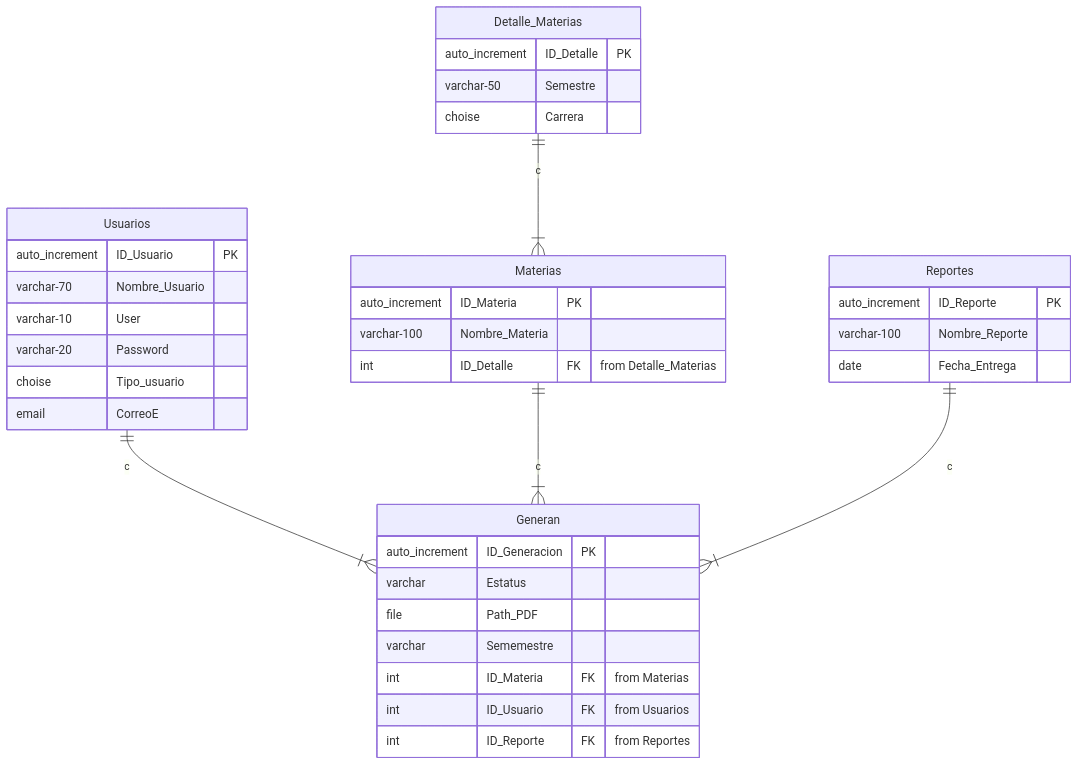
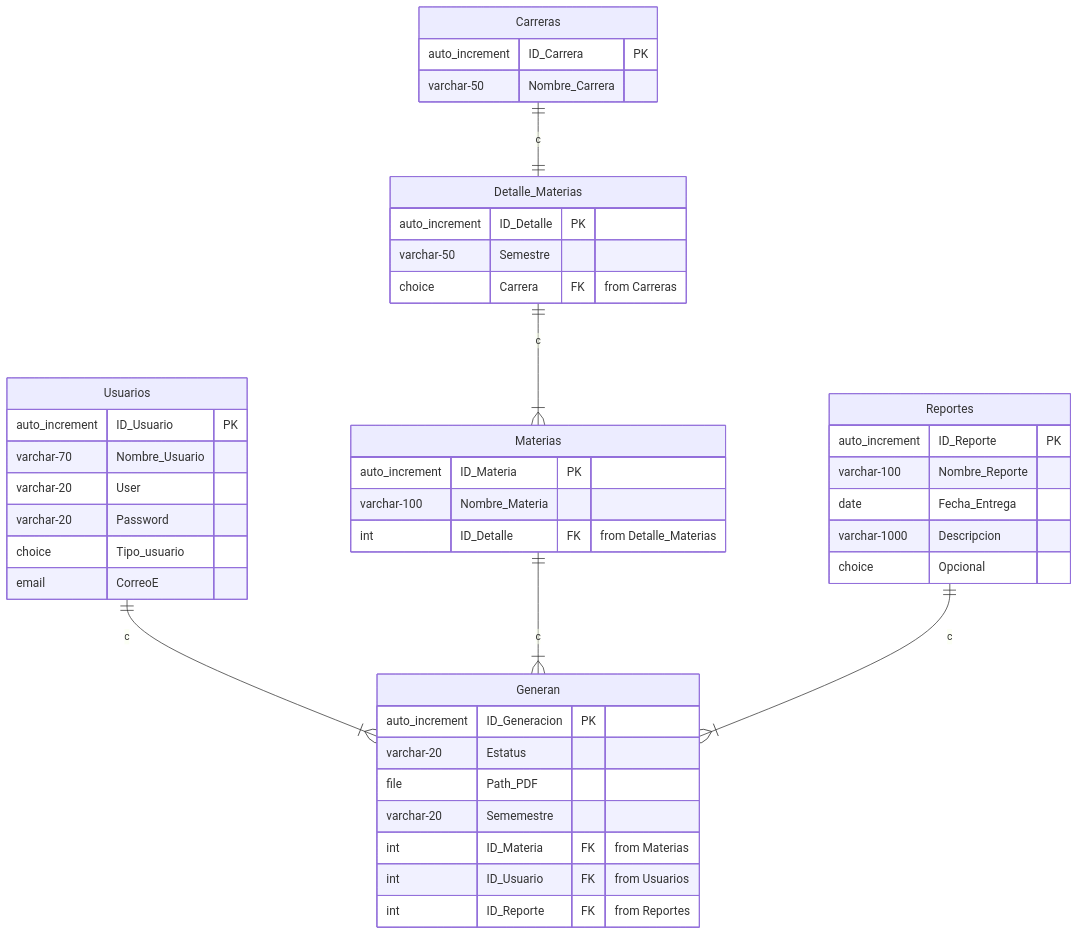
Before and after one commit to VRVG1/SGC: the diagram in DatabaseDoc/Diagramas/DB erDiagram.mmd, drawn with Mermaid. The commit also changed 1 other file, not shown here.

```diff
--- a/DatabaseDoc/Diagramas/DB erDiagram.mmd
+++ b/DatabaseDoc/Diagramas/DB erDiagram.mmd
@@ -1,44 +1,52 @@
 erDiagram
 
 Usuarios {
     auto_increment ID_Usuario PK
     varchar-70 Nombre_Usuario
-    varchar-10 User
+    varchar-20 User
     varchar-20 Password
-    choise Tipo_usuario
+    choice Tipo_usuario
     email CorreoE
 }
 
 Reportes {
     auto_increment ID_Reporte PK
     varchar-100 Nombre_Reporte
     date Fecha_Entrega
-}
+    varchar-1000 Descripcion
+    choice Opcional
+} 
 
 Materias {
     auto_increment ID_Materia PK
     varchar-100 Nombre_Materia
     int ID_Detalle FK "from Detalle_Materias"
 }
 
 Detalle_Materias{
     auto_increment ID_Detalle PK
     varchar-50 Semestre
-    choise Carrera
+    choice Carrera FK "from Carreras"
 }
 
 Generan {
     auto_increment ID_Generacion PK
-    varchar Estatus
+    varchar-20 Estatus
     file Path_PDF
-    varchar Sememestre
+    varchar-20 Sememestre
     int ID_Materia FK "from Materias"
     int ID_Usuario FK "from Usuarios"
     int ID_Reporte FK "from Reportes"
 }
 
+Carreras {
+    auto_increment ID_Carrera PK
+    varchar-50 Nombre_Carrera
+}
+
+
 Usuarios ||--|{ Generan: c 
 Materias ||--|{ Generan: c 
 Reportes ||--|{ Generan: c
-
 Detalle_Materias ||--|{ Materias: c
+Carreras ||--|| Detalle_Materias: c
```
